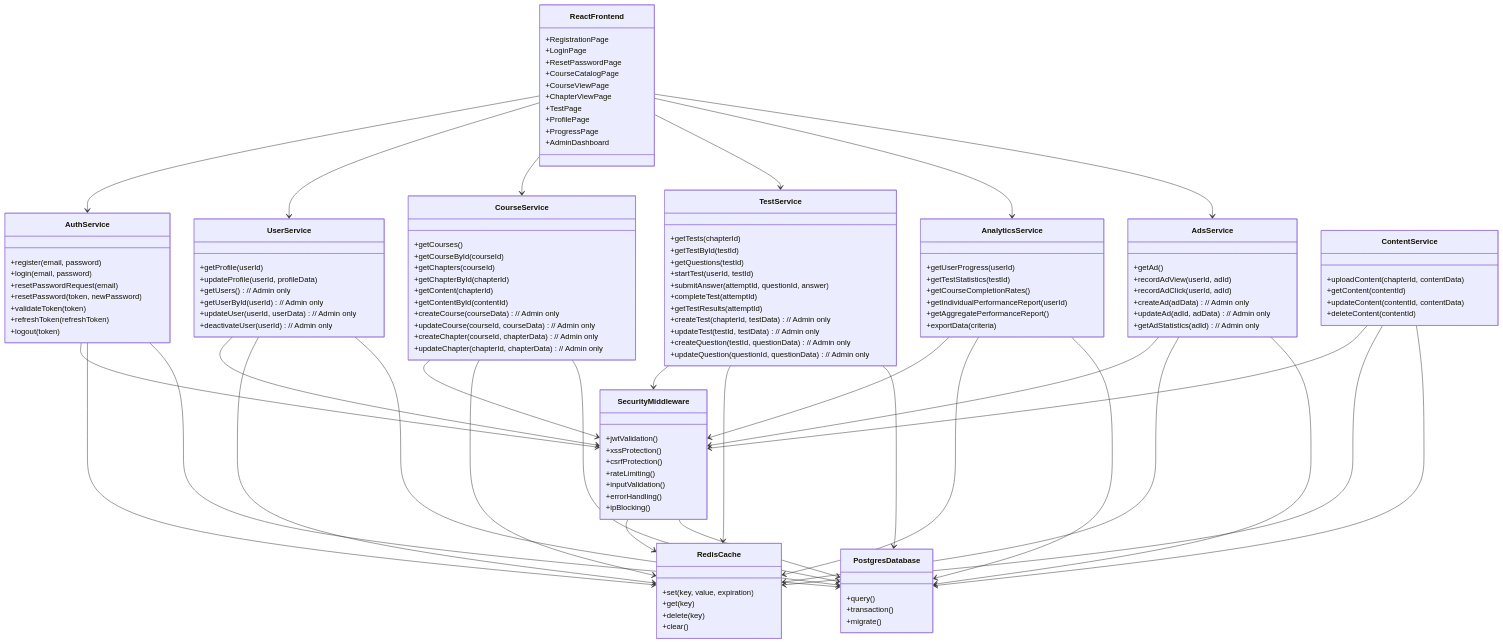
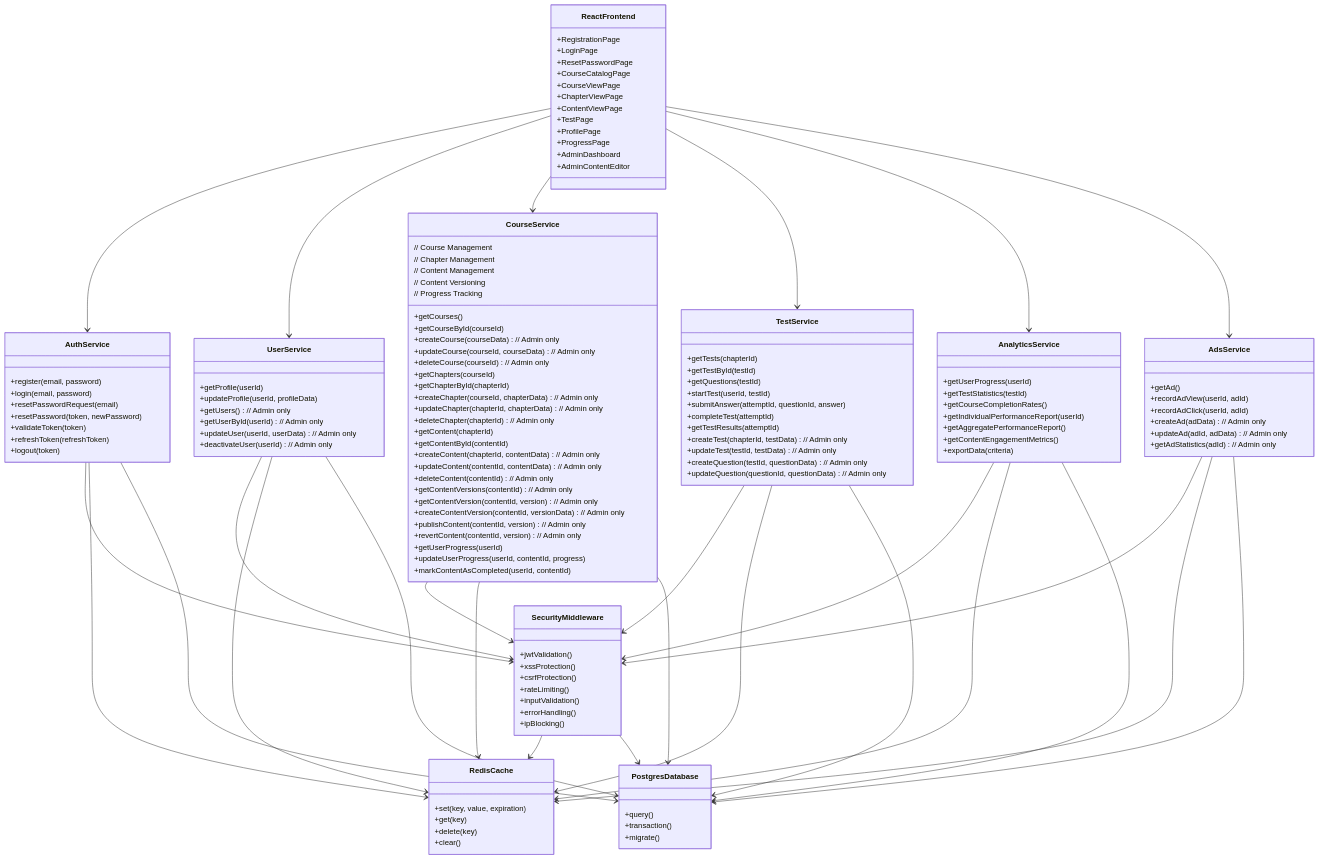
Before and after one commit to ivan-markov-666/beelms: the third of 7 diagrams in docs/architecture.md, drawn with Mermaid. The commit also changed other lines of this file and 2 other files, not shown here.

Commit message:
Documentation was updated. Security for transport layer were planned and described.

````diff
--- a/docs/architecture.md
+++ b/docs/architecture.md
@@ -279,16 +293,38 @@
     }
     
     class CourseService {
+        // Course Management
         +getCourses()
         +getCourseById(courseId)
+        +createCourse(courseData) // Admin only
+        +updateCourse(courseId, courseData) // Admin only
+        +deleteCourse(courseId) // Admin only
+        
+        // Chapter Management
         +getChapters(courseId)
         +getChapterById(chapterId)
+        +createChapter(courseId, chapterData) // Admin only
+        +updateChapter(chapterId, chapterData) // Admin only
+        +deleteChapter(chapterId) // Admin only
+        
+        // Content Management
         +getContent(chapterId)
         +getContentById(contentId)
-        +createCourse(courseData) // Admin only
-        +updateCourse(courseId, courseData) // Admin only
-        +createChapter(courseId, chapterData) // Admin only
-        +updateChapter(chapterId, chapterData) // Admin only
+        +createContent(chapterId, contentData) // Admin only
+        +updateContent(contentId, contentData) // Admin only
+        +deleteContent(contentId) // Admin only
+        
+        // Content Versioning
+        +getContentVersions(contentId) // Admin only
+        +getContentVersion(contentId, version) // Admin only
+        +createContentVersion(contentId, versionData) // Admin only
+        +publishContent(contentId, version) // Admin only
+        +revertContent(contentId, version) // Admin only
+        
+        // Progress Tracking
+        +getUserProgress(userId)
+        +updateUserProgress(userId, contentId, progress)
+        +markContentAsCompleted(userId, contentId)
     }
     
     class TestService {
@@ -311,6 +347,7 @@
         +getCourseCompletionRates()
         +getIndividualPerformanceReport(userId)
         +getAggregatePerformanceReport()
+        +getContentEngagementMetrics()
         +exportData(criteria)
     }
     
@@ -321,13 +358,6 @@
         +createAd(adData) // Admin only
         +updateAd(adId, adData) // Admin only
         +getAdStatistics(adId) // Admin only
-    }
-    
-    class ContentService {
-        +uploadContent(chapterId, contentData)
-        +getContent(contentId)
-        +updateContent(contentId, contentData)
-        +deleteContent(contentId)
     }
     
     class SecurityMiddleware {
@@ -360,10 +390,12 @@
         +CourseCatalogPage
         +CourseViewPage
         +ChapterViewPage
+        +ContentViewPage
         +TestPage
         +ProfilePage
         +ProgressPage
         +AdminDashboard
+        +AdminContentEditor
     }
     
     ReactFrontend --> AuthService
@@ -379,7 +411,6 @@
     TestService --> SecurityMiddleware
     AnalyticsService --> SecurityMiddleware
     AdsService --> SecurityMiddleware
-    ContentService --> SecurityMiddleware
     
     SecurityMiddleware --> RedisCache
     SecurityMiddleware --> PostgresDatabase
@@ -396,6 +427,4 @@
     AnalyticsService --> PostgresDatabase
     AdsService --> RedisCache
     AdsService --> PostgresDatabase
-    ContentService --> RedisCache
-    ContentService --> PostgresDatabase
 ```
````
